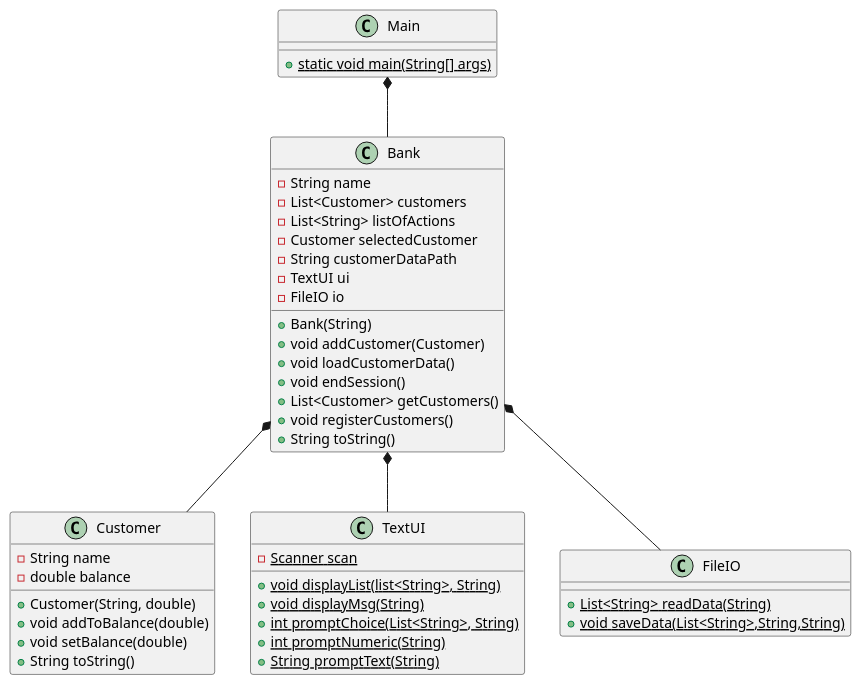
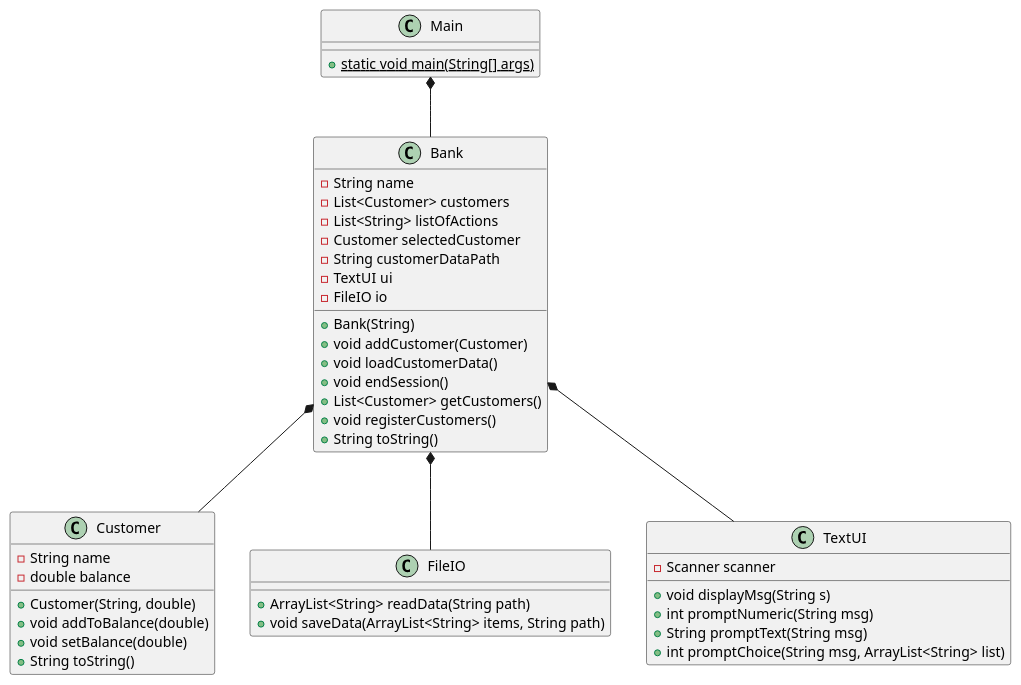
Before and after one commit to Dat1Cphbusiness/MonopolyE24: the diagram in doc/classdiagram.puml, drawn with PlantUML. The commit also changed 2 other files, not shown here.

Commit message:
displayMsg

```diff
--- a/doc/classdiagram.puml
+++ b/doc/classdiagram.puml
@@ -1,55 +1,56 @@
 @startuml
 class Main{
  {static}+ static void main(String[] args)
 
 }
 
 class Bank{
  - String name
  - List<Customer> customers
  - List<String> listOfActions
  - Customer selectedCustomer
  - String customerDataPath
  - TextUI ui
  - FileIO io
 
  + Bank(String)
  + void addCustomer(Customer)
  + void loadCustomerData()
  + void endSession()
  + List<Customer> getCustomers()
  + void registerCustomers()
  + String toString()
 }
 
 class Customer{
  - String name
  - double balance
  + Customer(String, double)
  + void addToBalance(double)
  + void setBalance(double)
  + String toString()
 
 }
 
+
+class FileIO{
++ ArrayList<String> readData(String path)
++ void saveData(ArrayList<String> items, String path)
+}
+
 class TextUI{
- {static}- Scanner scan
- {static}+ void displayList(list<String>, String)
- {static}+ void displayMsg(String)
- {static}+ int promptChoice(List<String>, String)
- {static}+int promptNumeric(String)
- {static}+ String promptText(String)
+- Scanner scanner
++ void displayMsg(String s)
++ int promptNumeric(String msg)
++ String promptText(String msg)
++ int promptChoice(String msg, ArrayList<String> list)
+
 
 }
-class FileIO{
-{static}+List<String> readData(String)
-{static}+void saveData(List<String>,String,String)
-}
-
 
 Main *-- Bank
 Bank *-- Customer
 Bank *-- TextUI
 Bank *-- FileIO
 
 @enduml
```
